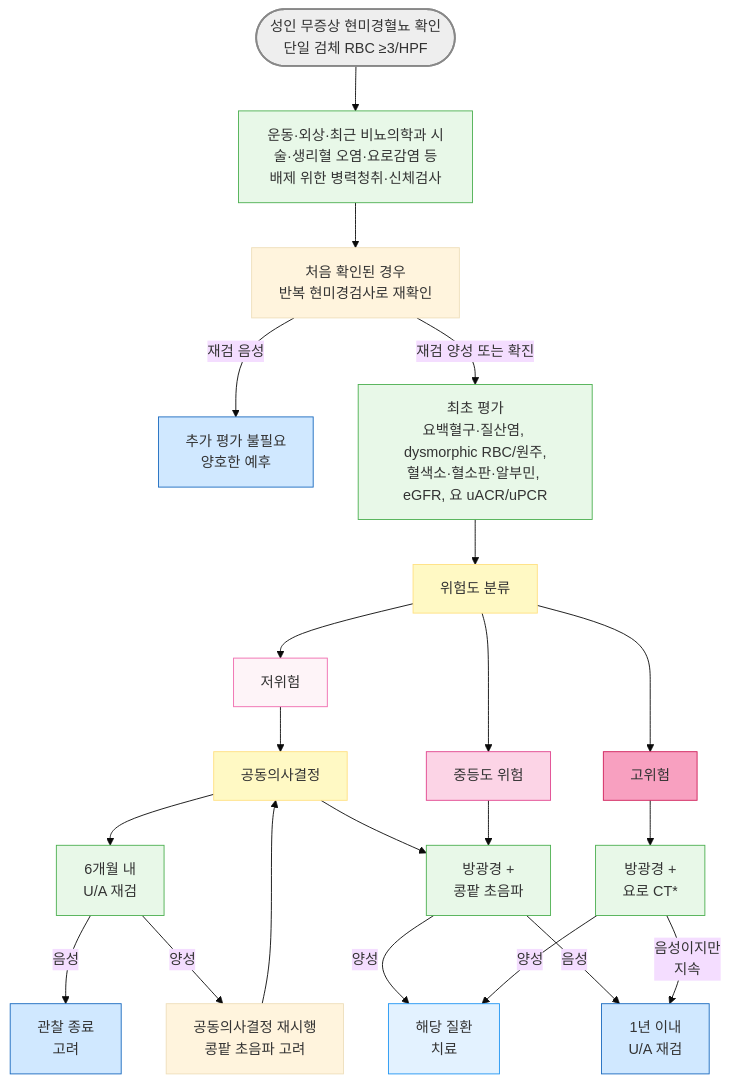
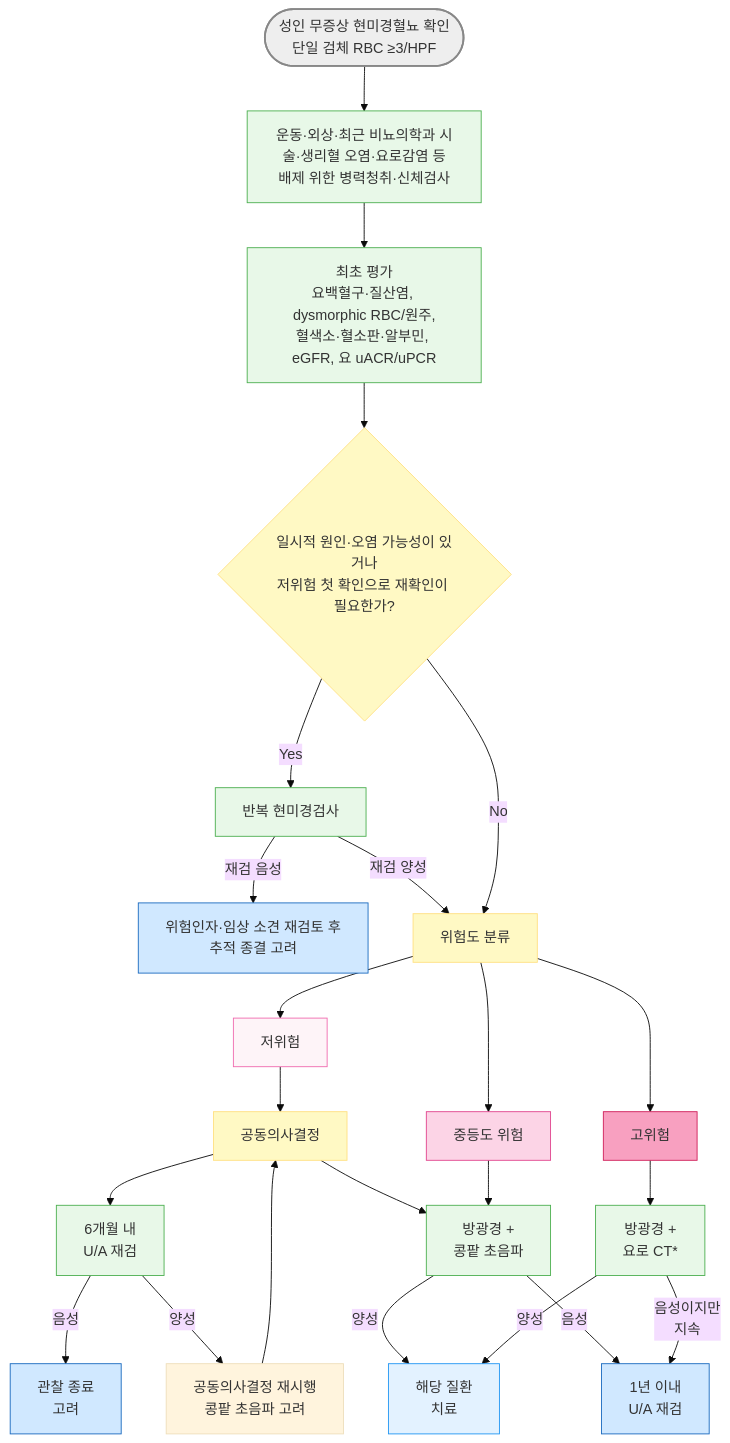
The diagram in 227_/110_-hematuria.md (familyoh77/familyoh77), drawn with Mermaid (base theme) before and after one commit. The commit also changed other lines of this file and 7 other files, not shown here.

````diff
--- a/227_/110_-hematuria.md
+++ b/227_/110_-hematuria.md
@@ -150,38 +154,40 @@
 ```mermaid
 graph TD
     A([성인 무증상 현미경혈뇨 확인<br>단일 검체 RBC ≥3/HPF]) --> B[운동·외상·최근 비뇨의학과 시술·생리혈 오염·요로감염 등<br>배제 위한 병력청취·신체검사]
-    B --> C[처음 확인된 경우<br>반복 현미경검사로 재확인]
-    C -->|재검 음성| C1[추가 평가 불필요<br>양호한 예후]
-    C -->|재검 양성 또는 확진| D0[최초 평가<br>요백혈구·질산염, dysmorphic RBC/원주,<br>혈색소·혈소판·알부민, eGFR, 요 uACR/uPCR]
-    D0 --> D[위험도 분류]
+    B --> D0[최초 평가<br>요백혈구·질산염, dysmorphic RBC/원주,<br>혈색소·혈소판·알부민, eGFR, 요 uACR/uPCR]
+    D0 --> C{일시적 원인·오염 가능성이 있거나<br>저위험 첫 확인으로 재확인이 필요한가?}
+    C -->|Yes| C2[반복 현미경검사]
+    C2 -->|재검 음성| C1[위험인자·임상 소견 재검토 후<br>추적 종결 고려]
+    C2 -->|재검 양성| D[위험도 분류]
+    C -->|No| D
     D --> E[저위험]
     D --> F[중등도 위험]
     D --> G[고위험]
 
     E --> E1[공동의사결정]
     E1 --> E2[6개월 내 <br>U/A 재검]
     E1 --> CYS[방광경 + <br>콩팥 초음파]
     E2 -->|음성| E4[관찰 종료 <br>고려]
     E2 -->|양성| E3[공동의사결정 재시행<br>콩팥 초음파 고려]
     E3 --> E1
     F --> CYS
     CYS -->|양성| H1[해당 질환 <br>치료]
     CYS -->|음성| F2[1년 이내 <br>U/A 재검]
 
     G --> G1[방광경 + <br>요로 CT*]
     G1 -->|양성| H1
     G1 -->|음성이지만 <br>지속| F2
 
 style A fill:#eeeeee,stroke:#888888,stroke-width:2px
 classDef lightGreen fill:#e8f8e8,stroke:#4caf50
-class B,D0,E2,E4,CYS,G1 lightGreen
+class B,D0,C2,E2,E4,CYS,G1 lightGreen
 classDef blue fill:#d0e8ff,stroke:#1a6abf
 class C1,E4,F2 blue
 classDef sky fill:#e3f2ff,stroke:#2196f3
 class H1 sky
 classDef yellow fill:#fff9c4,stroke:#ffe082
-class E1,D yellow
+class C,E1,D yellow
 style E fill:#fef4f8,stroke:#f06baf
 style F fill:#fcd4e6,stroke:#e0448e
 style G fill:#f8a0c0,stroke:#d01f5a
 ```
````
